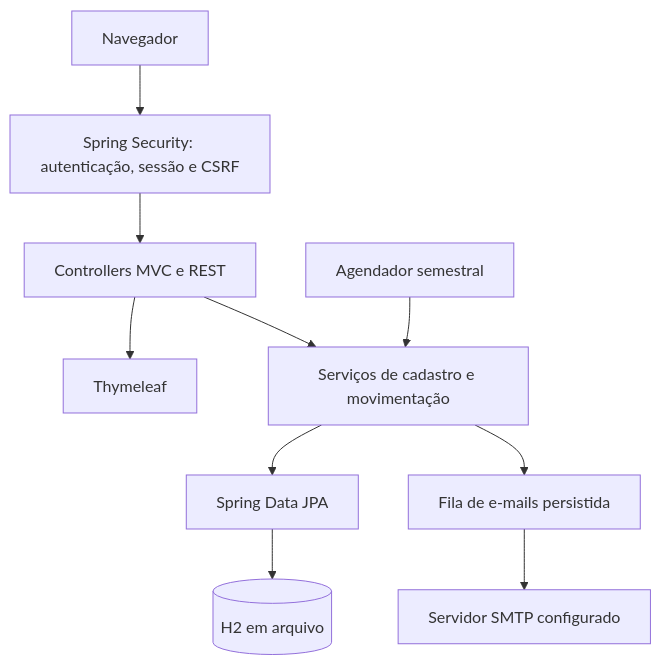
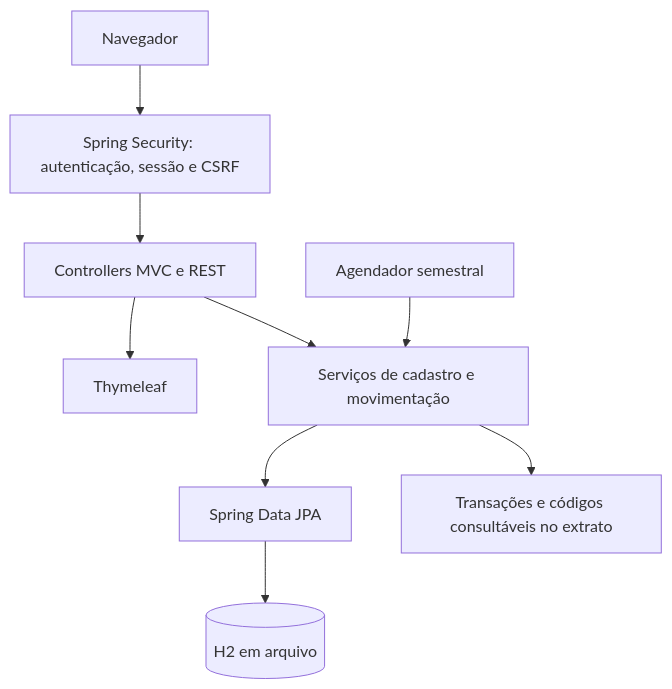
The first of 2 diagrams in docs/sprint-03/arquitetura-e-persistencia.md (mariaclaranerii/sistema-moeda-estudantil), drawn with Mermaid before and after one commit. The commit also changed other lines of this file, not shown here.

Commit message:
docs(arquitetura): refletir operacao local sem SMTP

````diff
--- a/docs/sprint-03/arquitetura-e-persistencia.md
+++ b/docs/sprint-03/arquitetura-e-persistencia.md
@@ -7,12 +7,11 @@
 ```mermaid
 flowchart TD
   N[Navegador] --> S[Spring Security: autenticação, sessão e CSRF]
   S --> C[Controllers MVC e REST]
   C --> V[Thymeleaf]
   C --> A[Serviços de cadastro e movimentação]
   A --> R[Spring Data JPA]
   R --> H[(H2 em arquivo)]
   E[Agendador semestral] --> A
-  A --> M[Fila de e-mails persistida]
-  M --> SMTP[Servidor SMTP configurado]
+  A --> T[Transações e códigos consultáveis no extrato]
 ```
````
